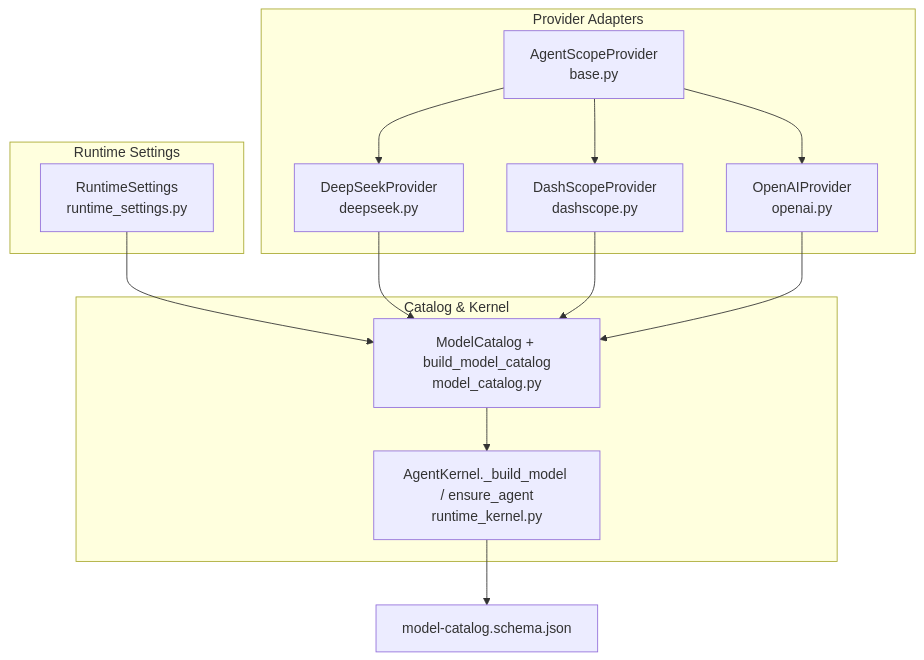
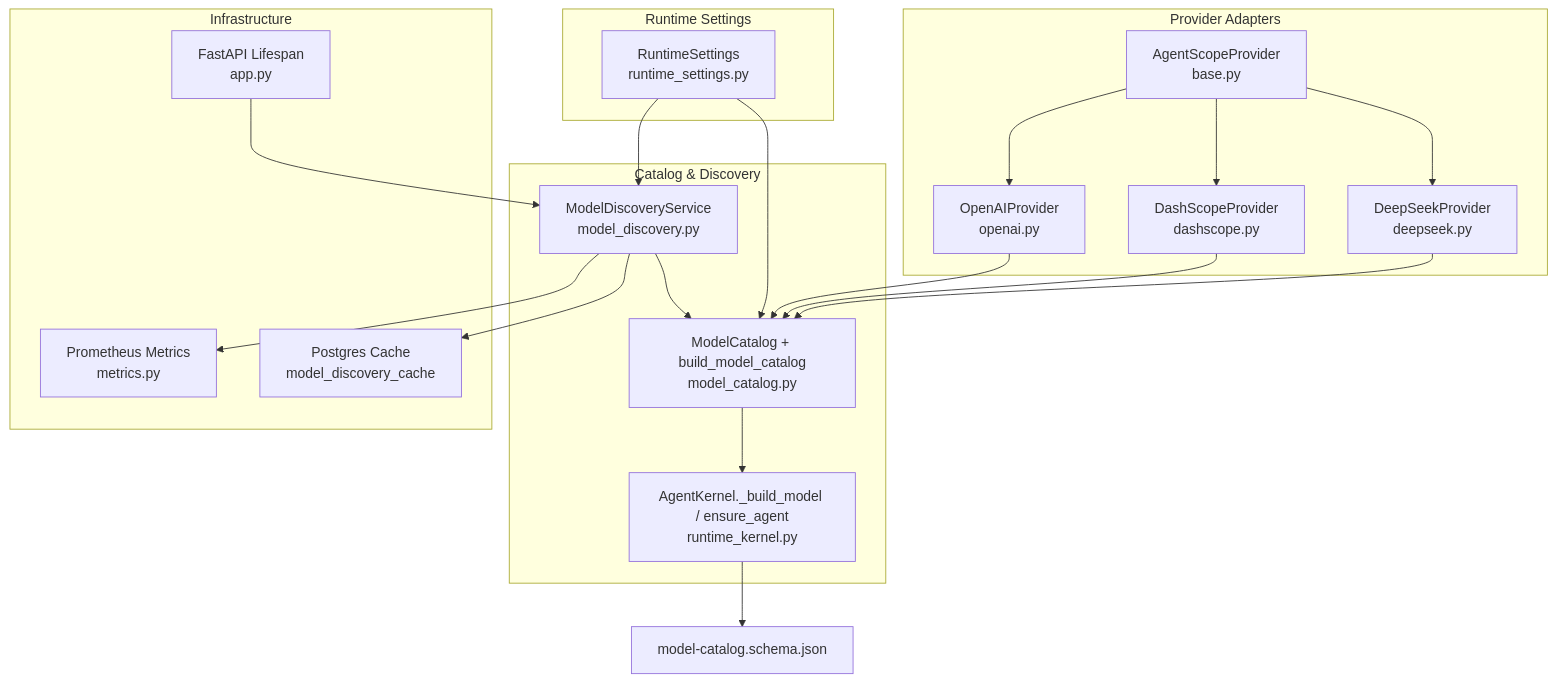
One commit to metasync/luban-aiops changed the first of 8 diagrams in .qoder/repowiki/en/content/Architecture Documentation/SPEC-026_ Multi-Model Runtime Catalog.md. Above: the diagram before and after it, drawn with Mermaid. The commit also changed other lines of this file and 7 other files, not shown here.

````diff
--- a/.qoder/repowiki/en/content/Architecture Documentation/SPEC-026_ Multi-Model Runtime Catalog.md
+++ b/.qoder/repowiki/en/content/Architecture Documentation/SPEC-026_ Multi-Model Runtime Catalog.md
@@ -51,26 +67,37 @@
 ```mermaid
 graph TB
 subgraph "Provider Adapters"
 base["AgentScopeProvider<br/>base.py"]
 deepseek["DeepSeekProvider<br/>deepseek.py"]
 dashscope["DashScopeProvider<br/>dashscope.py"]
 openai["OpenAIProvider<br/>openai.py"]
 end
 subgraph "Runtime Settings"
 settings["RuntimeSettings<br/>runtime_settings.py"]
 end
-subgraph "Catalog & Kernel"
+subgraph "Catalog & Discovery"
 catalog["ModelCatalog + build_model_catalog<br/>model_catalog.py"]
+discovery["ModelDiscoveryService<br/>model_discovery.py"]
 kernel["AgentKernel._build_model / ensure_agent<br/>runtime_kernel.py"]
+end
+subgraph "Infrastructure"
+postgres["Postgres Cache<br/>model_discovery_cache"]
+metrics["Prometheus Metrics<br/>metrics.py"]
+lifespan["FastAPI Lifespan<br/>app.py"]
 end
 schema["model-catalog.schema.json"]
 base --> deepseek
 base --> dashscope
 base --> openai
 settings --> catalog
+settings --> discovery
 deepseek --> catalog
 dashscope --> catalog
 openai --> catalog
+discovery --> catalog
+lifespan --> discovery
+discovery --> postgres
+discovery --> metrics
 catalog --> kernel
 kernel --> schema
 ```
````
